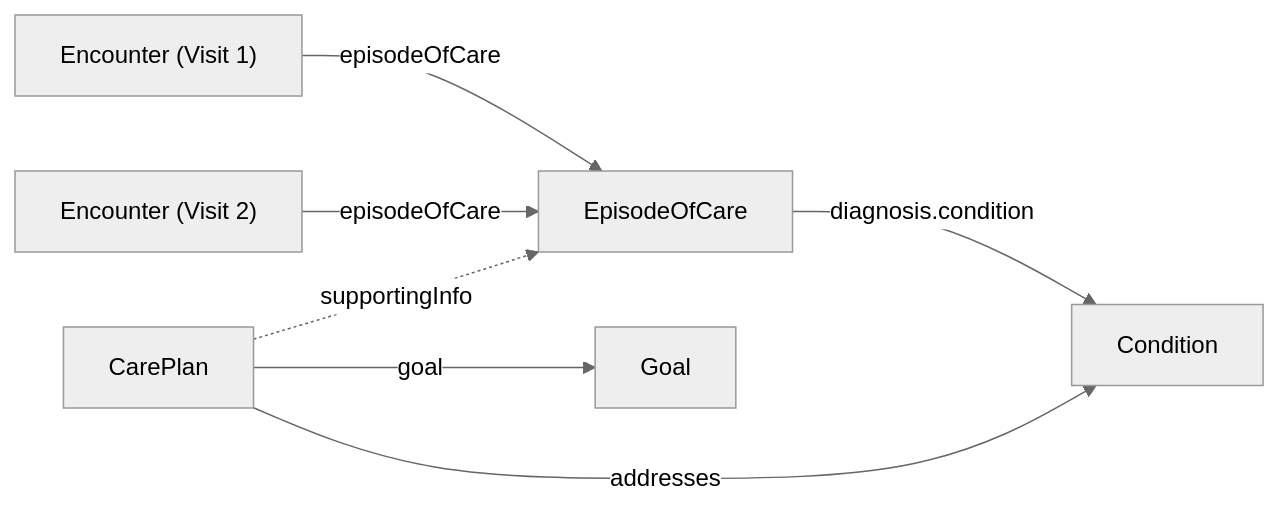
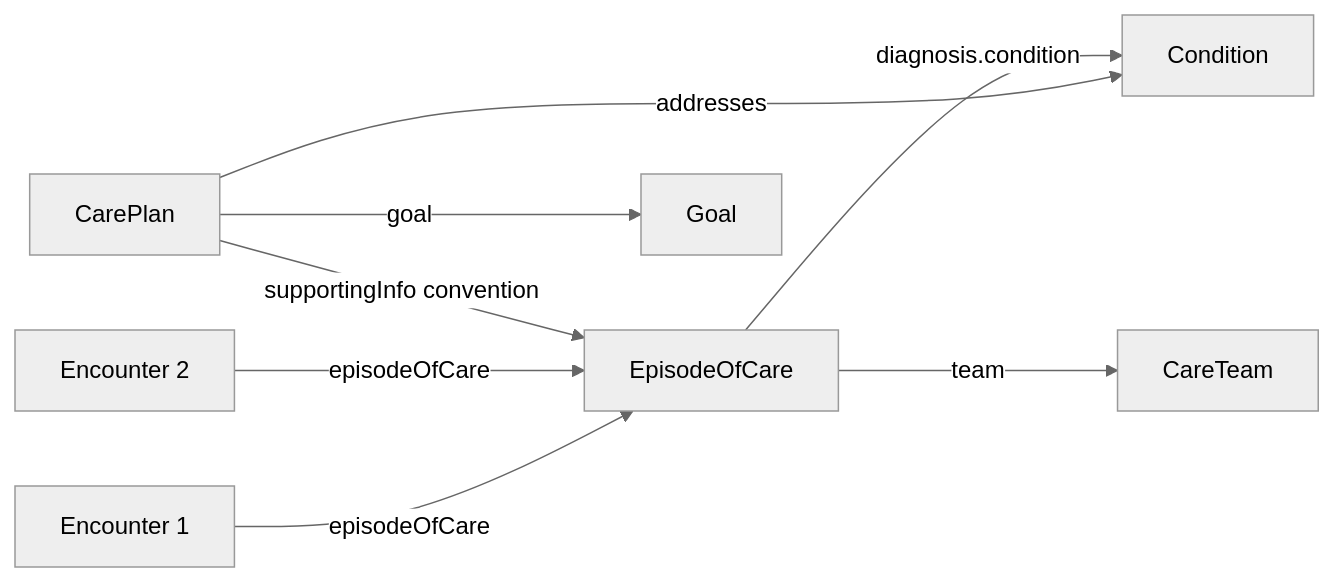
One commit to medplum/medplum changed the diagram in packages/docs/docs/careplans/longitudinal-patient-case-tracking.mdx. Above: the diagram before and after it, drawn with Mermaid (neutral theme). The commit also changed other lines of this file and 13 other files, not shown here.

````diff
--- a/packages/docs/docs/careplans/longitudinal-patient-case-tracking.mdx
+++ b/packages/docs/docs/careplans/longitudinal-patient-case-tracking.mdx
@@ -52,9 +32,10 @@
 ```mermaid
 flowchart LR
-  encounter1["Encounter (Visit 1)"] -->|episodeOfCare| episode[EpisodeOfCare]
-  encounter2["Encounter (Visit 2)"] -->|episodeOfCare| episode
-  episode -->|"diagnosis.condition"| condition[Condition]
-  carePlan[CarePlan] -->|addresses| condition
-  carePlan -->|goal| goal[Goal]
-  carePlan -.->|supportingInfo| episode
+  visit1[Encounter 1] -->|episodeOfCare| episode[EpisodeOfCare]
+  visit2[Encounter 2] -->|episodeOfCare| episode
+  plan[CarePlan] -->|supportingInfo convention| episode
+  plan -->|addresses| condition[Condition]
+  episode -->|diagnosis.condition| condition
+  plan -->|goal| goal[Goal]
+  episode -->|team| team[CareTeam]
 ```
````
